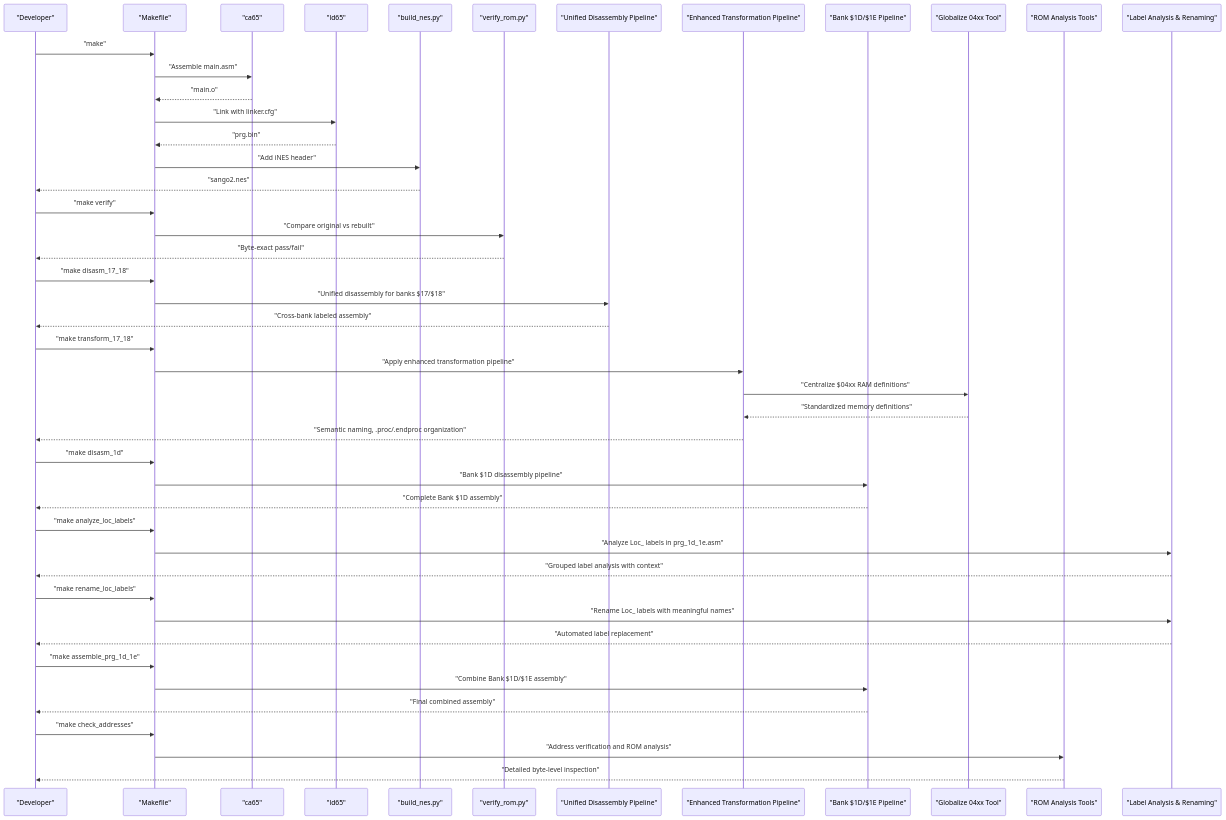
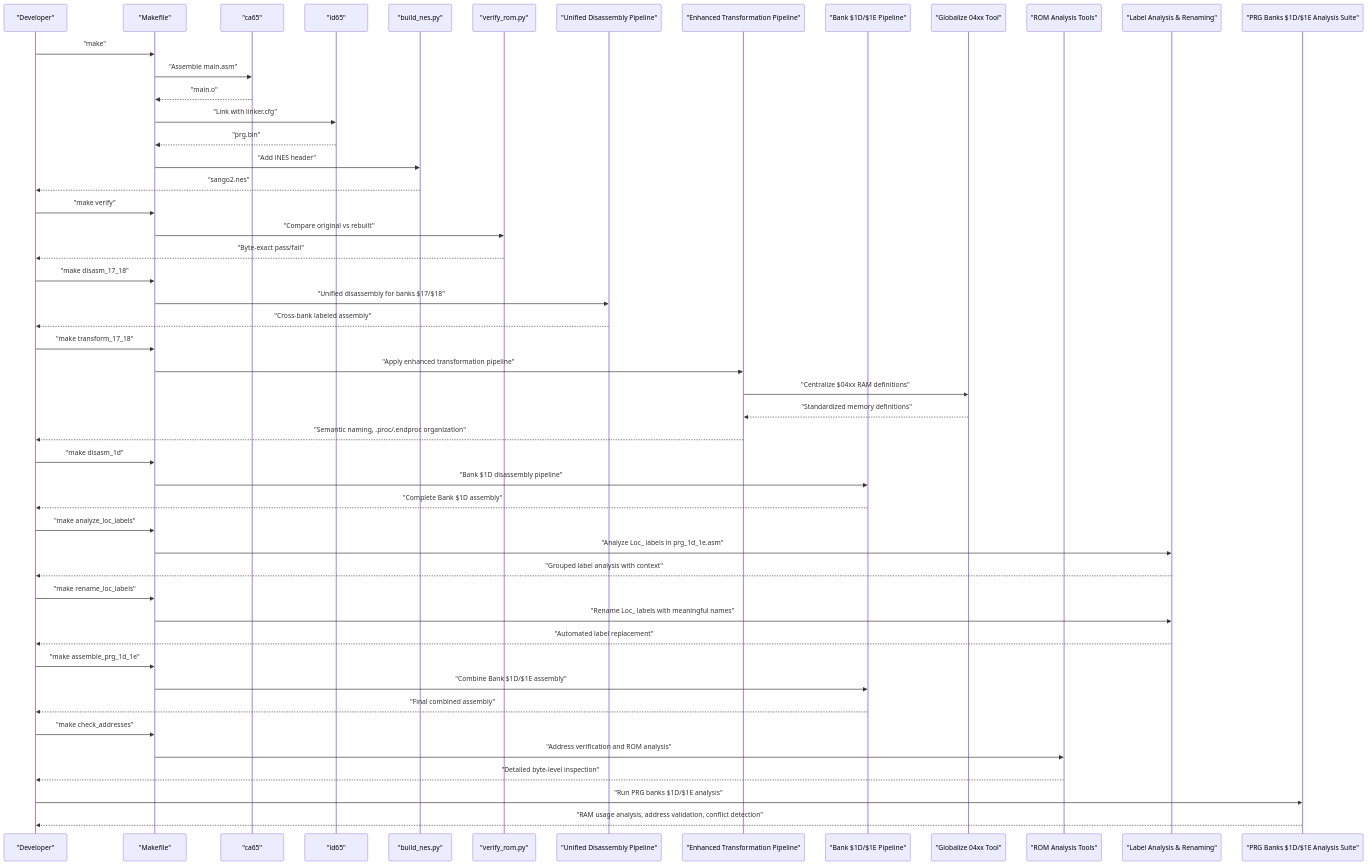
Before and after one commit to rabbyzero/sango2dasm: the second of 16 diagrams in .qoder/repowiki/en/content/Build System and Tools/Build System and Tools.md, drawn with Mermaid. The commit also changed other lines of this file and 23 other files, not shown here.

````diff
--- a/.qoder/repowiki/en/content/Build System and Tools/Build System and Tools.md
+++ b/.qoder/repowiki/en/content/Build System and Tools/Build System and Tools.md
@@ -352,48 +383,51 @@
 ```mermaid
 sequenceDiagram
 participant Dev as "Developer"
 participant MK as "Makefile"
 participant CA as "ca65"
 participant LD as "ld65"
 participant BN as "build_nes.py"
 participant VR as "verify_rom.py"
 participant UD as "Unified Disassembly Pipeline"
 participant TP as "Enhanced Transformation Pipeline"
 participant B1D1E as "Bank $1D/$1E Pipeline"
 participant GC as "Globalize 04xx Tool"
 participant RA as "ROM Analysis Tools"
 participant LA as "Label Analysis & Renaming"
+participant P1D1E as "PRG Banks $1D/$1E Analysis Suite"
 Dev->>MK : "make"
 MK->>CA : "Assemble main.asm"
 CA-->>MK : "main.o"
 MK->>LD : "Link with linker.cfg"
 LD-->>MK : "prg.bin"
 MK->>BN : "Add iNES header"
 BN-->>Dev : "sango2.nes"
 Dev->>MK : "make verify"
 MK->>VR : "Compare original vs rebuilt"
 VR-->>Dev : "Byte-exact pass/fail"
 Dev->>MK : "make disasm_17_18"
 MK->>UD : "Unified disassembly for banks $17/$18"
 UD-->>Dev : "Cross-bank labeled assembly"
 Dev->>MK : "make transform_17_18"
 MK->>TP : "Apply enhanced transformation pipeline"
 TP->>GC : "Centralize $04xx RAM definitions"
 GC-->>TP : "Standardized memory definitions"
 TP-->>Dev : "Semantic naming, .proc/.endproc organization"
 Dev->>MK : "make disasm_1d"
 MK->>B1D1E : "Bank $1D disassembly pipeline"
 B1D1E-->>Dev : "Complete Bank $1D assembly"
 Dev->>MK : "make analyze_loc_labels"
 MK->>LA : "Analyze Loc_ labels in prg_1d_1e.asm"
 LA-->>Dev : "Grouped label analysis with context"
 Dev->>MK : "make rename_loc_labels"
 MK->>LA : "Rename Loc_ labels with meaningful names"
 LA-->>Dev : "Automated label replacement"
 Dev->>MK : "make assemble_prg_1d_1e"
 MK->>B1D1E : "Combine Bank $1D/$1E assembly"
 B1D1E-->>Dev : "Final combined assembly"
 Dev->>MK : "make check_addresses"
 MK->>RA : "Address verification and ROM analysis"
 RA-->>Dev : "Detailed byte-level inspection"
+Dev->>P1D1E : "Run PRG banks $1D/$1E analysis"
+P1D1E-->>Dev : "RAM usage analysis, address validation, conflict detection"
 ```
````
